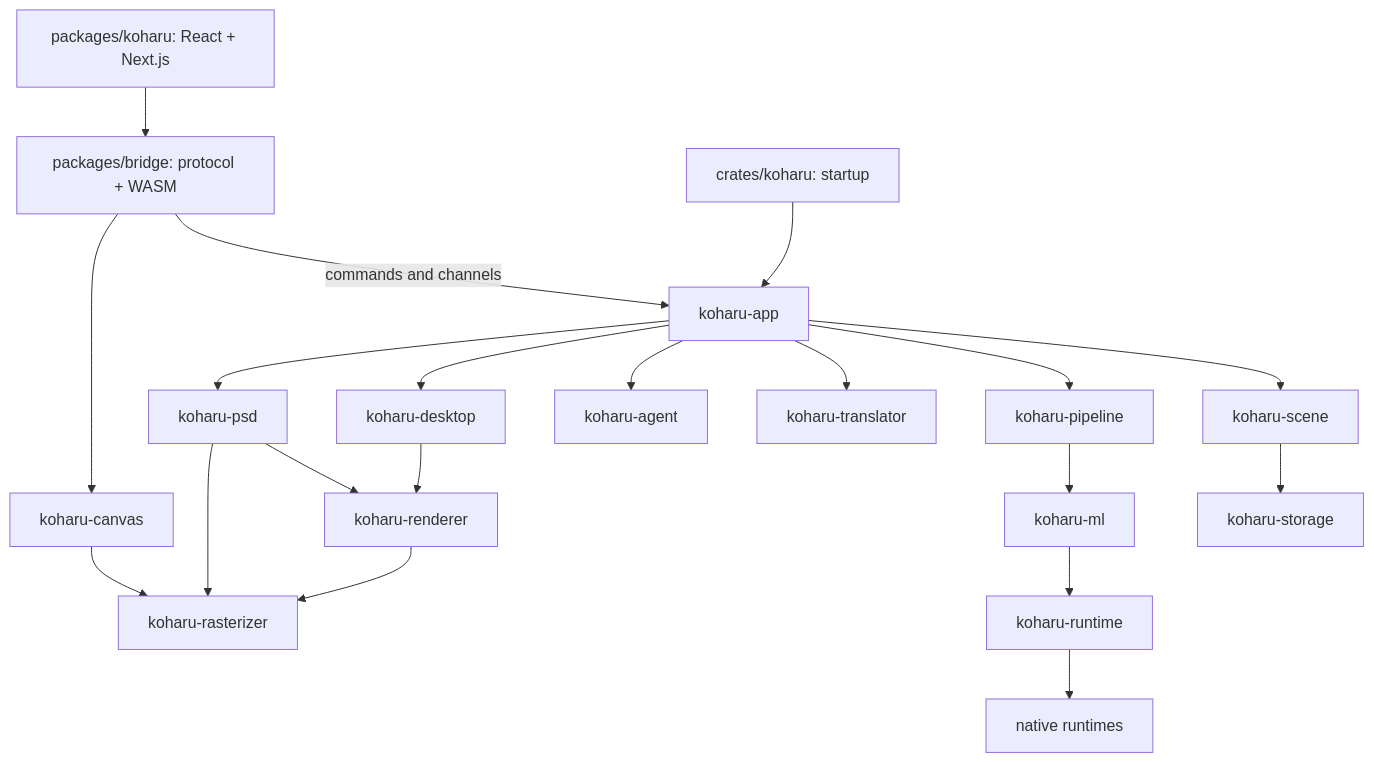
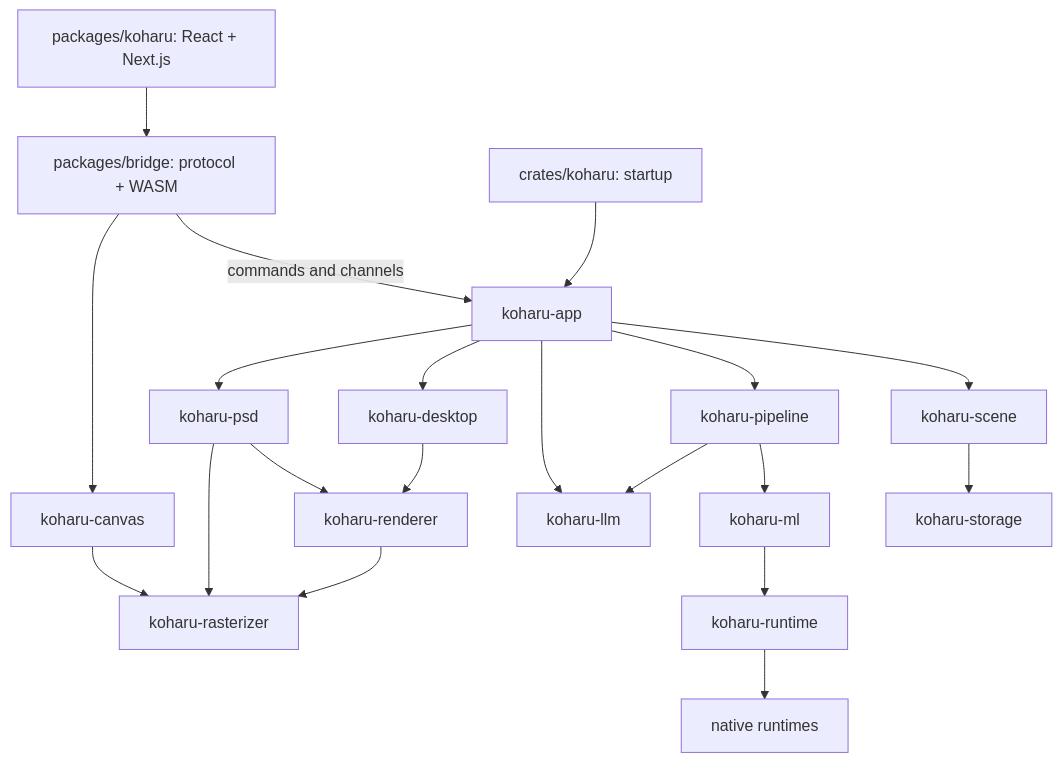
Before and after one commit to Endymi0n74/Koharu: the diagram in packages/docs/development/architecture.mdx, drawn with Mermaid. The commit also changed other lines of this file and 358 other files, not shown here.

````diff
--- a/packages/docs/development/architecture.mdx
+++ b/packages/docs/development/architecture.mdx
@@ -9,14 +9,14 @@
 ```mermaid
 flowchart TB
   ui["packages/koharu: React + Next.js"] --> bridge["packages/bridge: protocol + WASM"]
   entry["crates/koharu: startup"] --> app["koharu-app"]
   bridge -->|"commands and channels"| app
   app --> scene["koharu-scene"] --> storage["koharu-storage"]
   app --> pipeline["koharu-pipeline"] --> ml["koharu-ml"] --> runtime["koharu-runtime"] --> native["native runtimes"]
-  app --> translator["koharu-translator"]
-  app --> agent["koharu-agent"]
+  app --> llm["koharu-llm"]
+  pipeline --> llm
   app --> desktop["koharu-desktop"] --> renderer["koharu-renderer"] --> rasterizer["koharu-rasterizer"]
   bridge --> canvas["koharu-canvas"] --> rasterizer
   app --> psd["koharu-psd"] --> renderer
   psd --> rasterizer
 ```
````
